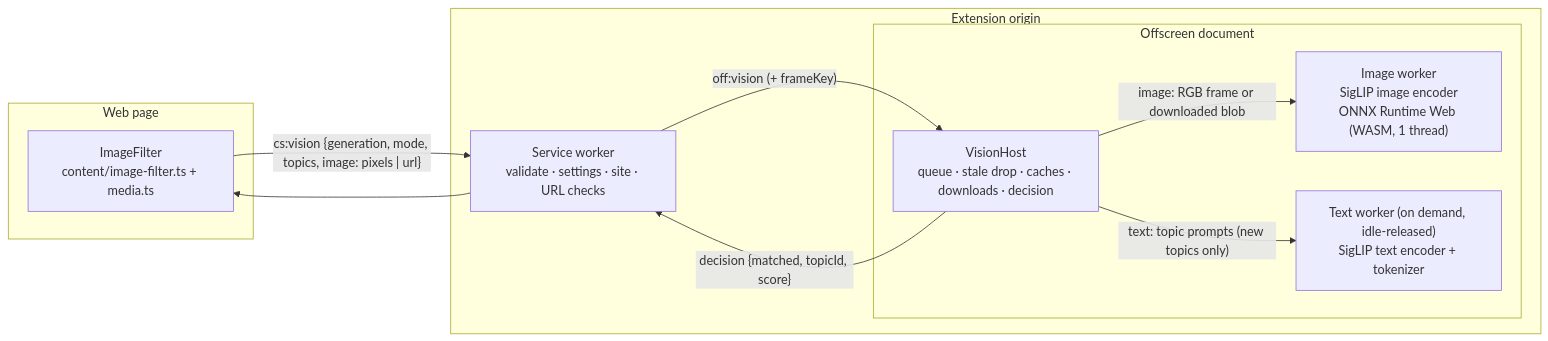
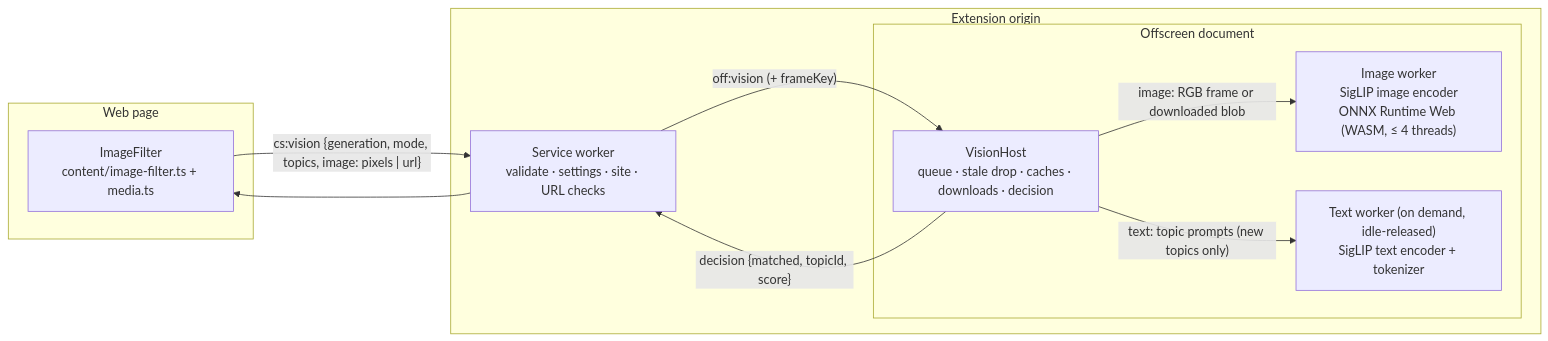
The second of 2 diagrams in docs/ARCHITECTURE.md (ozankenangungor/ClearScroll), drawn with Mermaid before and after one commit. The commit also changed other lines of this file and 5 other files, not shown here.

Commit message:
docs: multi-threaded image inference, corrected peak memory, rejected 4-bit encoder

````diff
--- a/docs/ARCHITECTURE.md
+++ b/docs/ARCHITECTURE.md
@@ -109,19 +109,19 @@
 ```mermaid
 flowchart LR
   subgraph Page["Web page"]
     IF["ImageFilter<br/>content/image-filter.ts + media.ts"]
   end
   subgraph Ext["Extension origin"]
     BG["Service worker<br/>validate · settings · site · URL checks"]
     subgraph OFF["Offscreen document"]
       VH["VisionHost<br/>queue · stale drop · caches · downloads · decision"]
-      IW["Image worker<br/>SigLIP image encoder<br/>ONNX Runtime Web (WASM, 1 thread)"]
+      IW["Image worker<br/>SigLIP image encoder<br/>ONNX Runtime Web (WASM, ≤ 4 threads)"]
       TW["Text worker (on demand, idle-released)<br/>SigLIP text encoder + tokenizer"]
     end
   end
   IF -- "cs:vision {generation, mode, topics, image: pixels | url}" --> BG
   BG -- "off:vision (+ frameKey)" --> VH
   VH -- "image: RGB frame or downloaded blob" --> IW
   VH -- "text: topic prompts (new topics only)" --> TW
   VH -- "decision {matched, topicId, score}" --> BG --> IF
 ```
````
